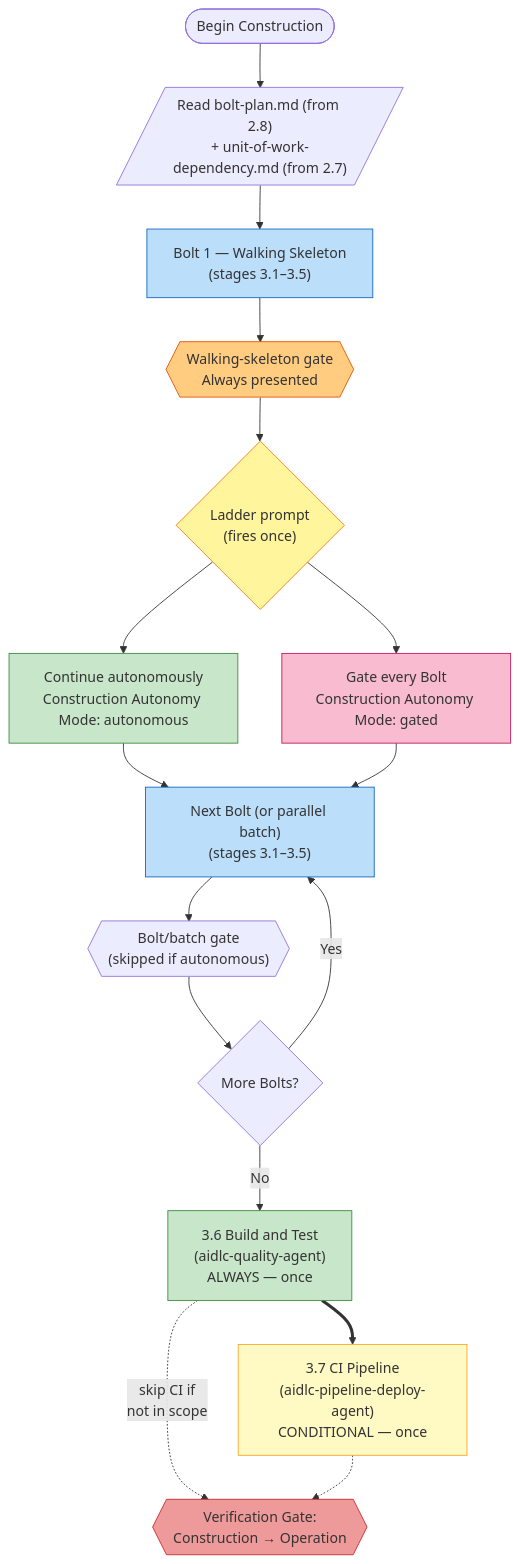
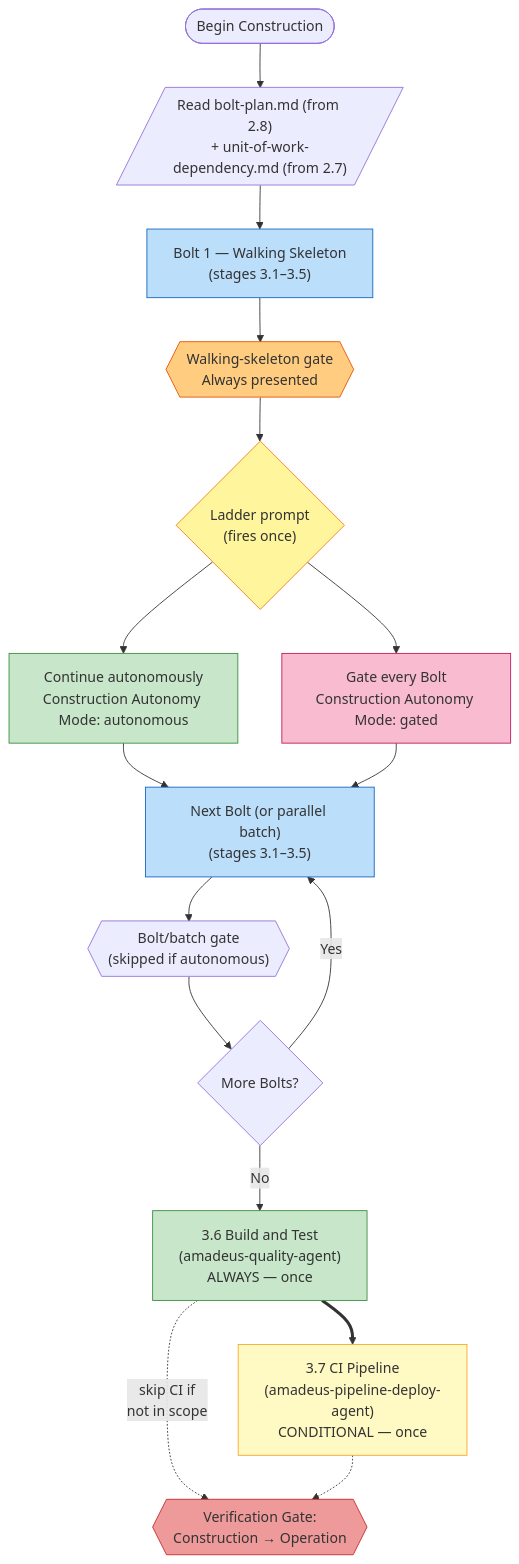
The fourth of 6 diagrams in docs/guide/04-phases-and-stages.md (amadeus-dlc/amadeus), drawn with Mermaid before and after one commit. The commit also changed other lines of this file and 855 other files, not shown here.

Commit message:
refactor: rename aidlc prefixes to amadeus

````diff
--- a/docs/guide/04-phases-and-stages.md
+++ b/docs/guide/04-phases-and-stages.md
@@ -227,44 +227,44 @@
 ```mermaid
 flowchart TD
     START(["Begin Construction"])
     READ[/"Read bolt-plan.md (from 2.8)\n+ unit-of-work-dependency.md (from 2.7)"/]
 
     BOLT1["Bolt 1 — Walking Skeleton\n(stages 3.1–3.5)"]
     GATE1{{"Walking-skeleton gate\nAlways presented"}}
 
     LADDER{"Ladder prompt\n(fires once)"}
     MODE_AUTO["Continue autonomously\nConstruction Autonomy Mode: autonomous"]
     MODE_GATED["Gate every Bolt\nConstruction Autonomy Mode: gated"]
 
     NEXT_BATCH["Next Bolt (or parallel batch)\n(stages 3.1–3.5)"]
     GATE_N{{"Bolt/batch gate\n(skipped if autonomous)"}}
 
     MORE{"More Bolts?"}
 
-    S36["3.6 Build and Test\n(aidlc-quality-agent)\nALWAYS — once"]
-    S37["3.7 CI Pipeline\n(aidlc-pipeline-deploy-agent)\nCONDITIONAL — once"]
+    S36["3.6 Build and Test\n(amadeus-quality-agent)\nALWAYS — once"]
+    S37["3.7 CI Pipeline\n(amadeus-pipeline-deploy-agent)\nCONDITIONAL — once"]
     VG3{{"Verification Gate:\nConstruction → Operation"}}
 
     START --> READ --> BOLT1 --> GATE1 --> LADDER
     LADDER --> MODE_AUTO
     LADDER --> MODE_GATED
     MODE_AUTO --> NEXT_BATCH
     MODE_GATED --> NEXT_BATCH
     NEXT_BATCH --> GATE_N
     GATE_N --> MORE
     MORE -->|"Yes"| NEXT_BATCH
     MORE -->|"No"| S36
     S36 ==> S37
     S36 -.->|"skip CI if\nnot in scope"| VG3
     S37 -.-> VG3
 
     style BOLT1 fill:#bbdefb,stroke:#1565c0
     style GATE1 fill:#ffcc80,stroke:#e65100
     style LADDER fill:#fff59d,stroke:#f57f17
     style MODE_AUTO fill:#c8e6c9,stroke:#388e3c
     style MODE_GATED fill:#f8bbd0,stroke:#c2185b
     style NEXT_BATCH fill:#bbdefb,stroke:#1565c0
     style S36 fill:#c8e6c9,stroke:#388e3c
     style S37 fill:#fff9c4,stroke:#f9a825
     style VG3 fill:#ef9a9a,stroke:#c62828
 ```
````
